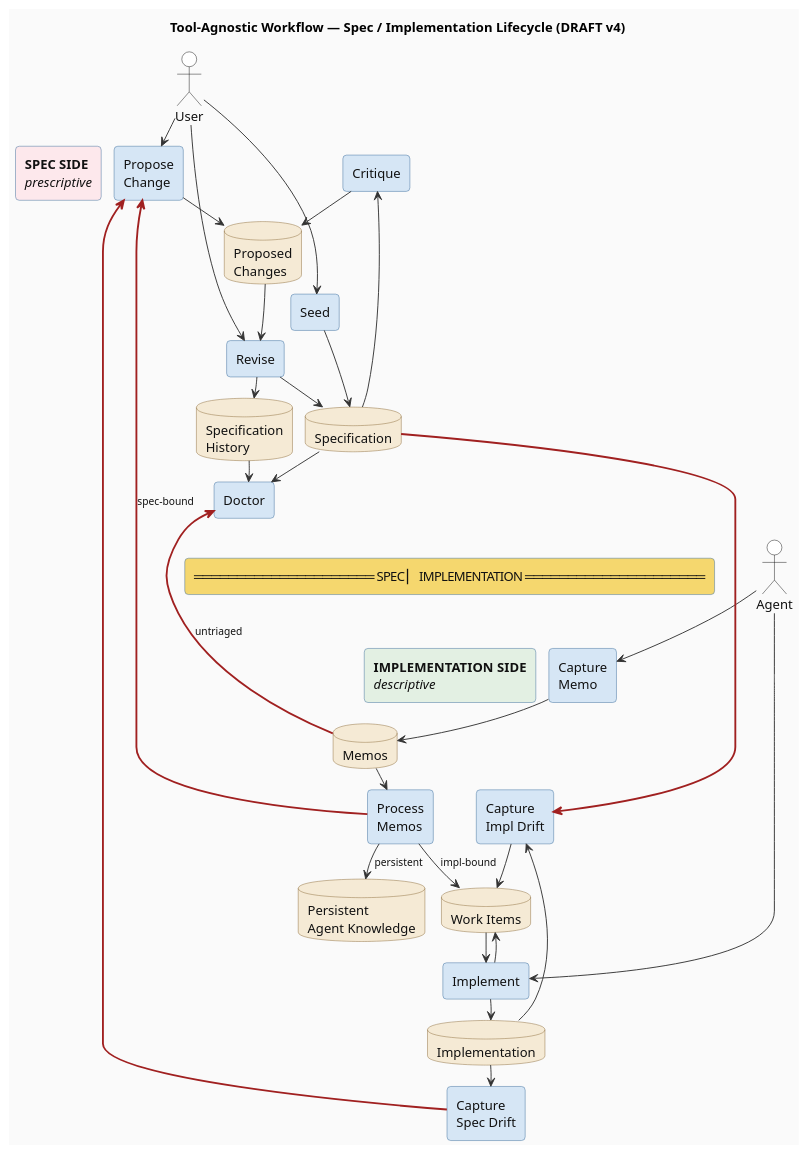
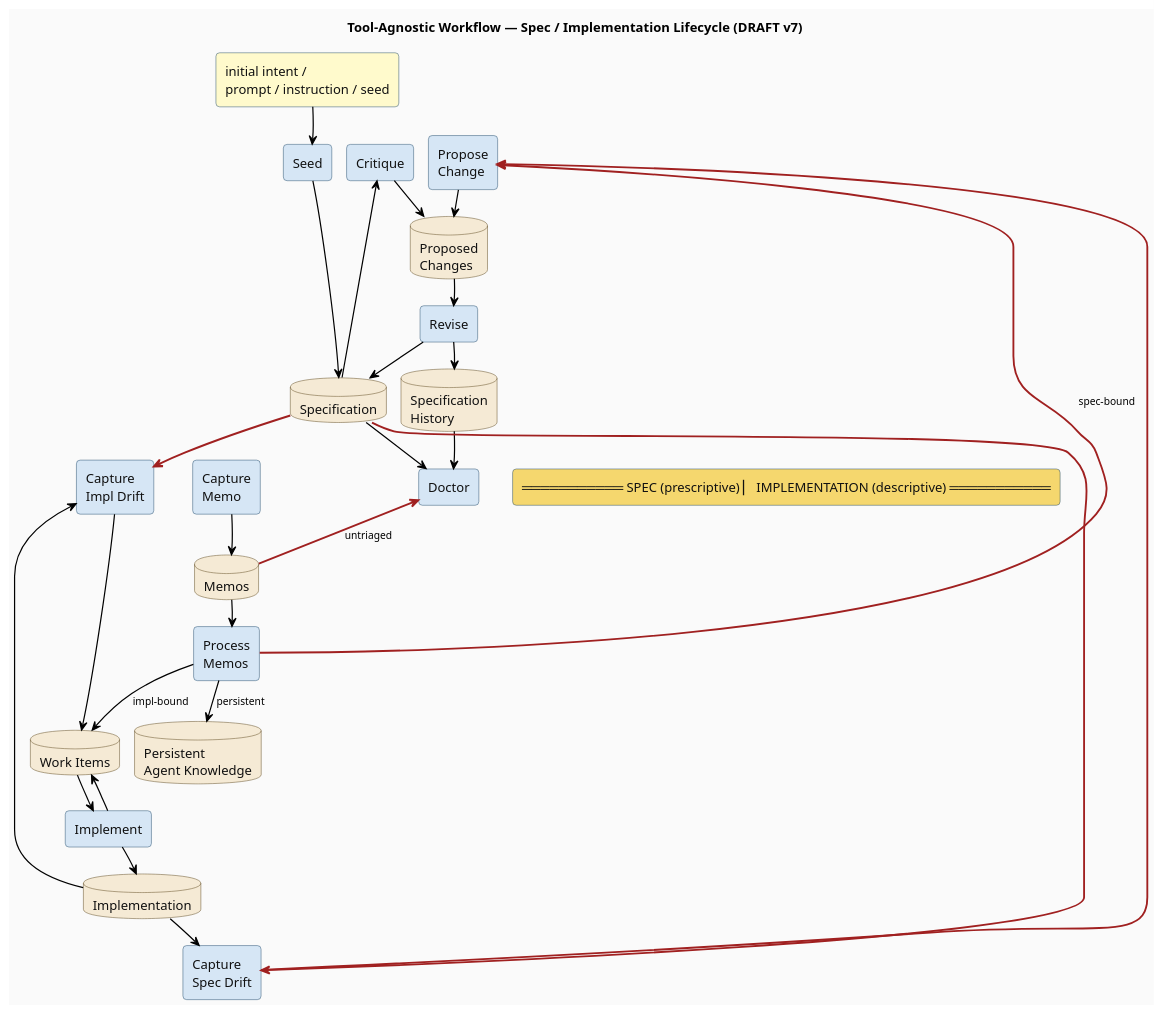
One commit to thewoolleyman/livespec changed the diagram in research/workflow-processes/diagrams/draft-tool-agnostic-workflow.plantuml. Above: the diagram before and after it, drawn with PlantUML. The commit also changed 1 other file, not shown here.

```diff
--- a/research/workflow-processes/diagrams/draft-tool-agnostic-workflow.plantuml
+++ b/research/workflow-processes/diagrams/draft-tool-agnostic-workflow.plantuml
@@ -1,163 +1,165 @@
 @startuml draft-tool-agnostic-workflow
-title Tool-Agnostic Workflow — Spec / Implementation Lifecycle (DRAFT v4)
+title Tool-Agnostic Workflow — Spec / Implementation Lifecycle (DRAFT v7)
 
-' v4 approach: NO outer containers. PlantUML's package/frame/
-' rectangle wrappers refuse to stack vertically when there are
-' bidirectional cross-container edges (verified across v1-v3
-' with multiple layout engines + hidden edges). Going flat
-' instead: free-floating nodes, colored by function, a horizontal
-' "WALL" rectangle as visual divider between SPEC and IMPL
-' regions, and aggressive hidden vertical edges to enforce the
-' top-down order.
+' Layout: flat (no outer containers). Vertical stacking enforced
+' via `together { }` blocks grouping each side, plus aggressive
+' hidden edges anchoring the WALL as a horizontal divider.
 
 skinparam defaultFontName Helvetica
 skinparam shadowing false
 skinparam BackgroundColor #fafafa
-skinparam ArrowColor #333
-skinparam ArrowFontColor #111
+skinparam ArrowColor #000000
+skinparam ArrowFontColor #000000
 skinparam ArrowFontSize 11
-skinparam nodesep 14
-skinparam ranksep 22
+skinparam ArrowThickness 1.3
+skinparam nodesep 16
+skinparam ranksep 28
 hide stereotype
 
 skinparam rectangle {
   BackgroundColor #d6e6f5
-  BorderColor #3a6a9a
+  BorderColor #1f4768
   FontColor #111
   RoundCorner 8
 }
 
 skinparam database {
   BackgroundColor #f5ead5
-  BorderColor #8a6b3a
-  FontColor #111
-}
-
-skinparam actor {
-  BackgroundColor #ffffff
-  BorderColor #111
+  BorderColor #5a4319
   FontColor #111
 }
 
 ' ============================================================
-' ACTORS (top)
+' EXTERNAL INPUT (replaces actors)
 ' ============================================================
 
-actor "User" as User
-actor "Agent" as Agent
+rectangle "initial intent /\nprompt / instruction / seed" as Input #fffacc
 
 ' ============================================================
-' SPEC SIDE — prescriptive (top half)
+' SPEC SIDE — top half (grouped via `together`)
 ' ============================================================
 
-rectangle "**SPEC SIDE**\n//prescriptive//" as SpecLabel #fde8ec
-rectangle "Seed" as Seed
-rectangle "Propose\nChange" as Propose
-rectangle "Critique" as Critique
-rectangle "Revise" as Revise
-rectangle "Doctor" as Doctor
-database "Specification" as Spec
-database "Proposed\nChanges" as PCQueue
-database "Specification\nHistory" as History
+together {
+  rectangle "Seed" as Seed
+  rectangle "Propose\nChange" as Propose
+  rectangle "Critique" as Critique
+  rectangle "Revise" as Revise
+  rectangle "Doctor" as Doctor
+
+  database "Specification" as Spec
+  database "Proposed\nChanges" as PCQueue
+  database "Specification\nHistory" as History
+}
 
 ' ============================================================
-' WALL — horizontal divider between SPEC and IMPL
+' WALL — horizontal divider
 ' ============================================================
 
-rectangle "═════════════════════  SPEC  ▏  IMPLEMENTATION  ═════════════════════" as Wall #f5d76e
+rectangle "═══════════  SPEC  (prescriptive)   ▏   IMPLEMENTATION  (descriptive)  ═══════════" as Wall #f5d76e
 
 ' ============================================================
-' IMPLEMENTATION SIDE — descriptive (bottom half)
+' IMPLEMENTATION SIDE — bottom half (grouped via `together`)
 ' ============================================================
 
-rectangle "**IMPLEMENTATION SIDE**\n//descriptive//" as ImplLabel #e3f0e3
-rectangle "Capture\nImpl Drift" as CaptureImplDrift
-rectangle "Implement" as Implement
-rectangle "Capture\nSpec Drift" as CaptureSpecDrift
-rectangle "Capture\nMemo" as CaptureMemo
-rectangle "Process\nMemos" as ProcessMemos
-database "Implementation" as Impl
-database "Work Items" as WorkItems
-database "Memos" as Memos
-database "Persistent\nAgent Knowledge" as AgentKnowledge
+together {
+  rectangle "Capture\nImpl Drift" as CaptureImplDrift
+  rectangle "Implement" as Implement
+  rectangle "Capture\nSpec Drift" as CaptureSpecDrift
+  rectangle "Capture\nMemo" as CaptureMemo
+  rectangle "Process\nMemos" as ProcessMemos
+
+  database "Implementation" as Impl
+  database "Work Items" as WorkItems
+  database "Memos" as Memos
+  database "Persistent\nAgent Knowledge" as AgentKnowledge
+}
 
 ' ============================================================
-' HIDDEN VERTICAL LAYOUT ENFORCEMENT
-' Forces top-to-bottom ordering: actors → spec → wall → impl
+' WALL ANCHORING (force WALL between the two together-groups)
 ' ============================================================
 
-User -[hidden]down-> SpecLabel
-SpecLabel -[hidden]down-> Seed
-SpecLabel -[hidden]right-> Propose
-Propose -[hidden]right-> Critique
+Input -[hidden]down-> Seed
 
+Seed     -[hidden]down-> Wall
+Propose  -[hidden]down-> Wall
+Critique -[hidden]down-> Wall
+Revise   -[hidden]down-> Wall
+Doctor   -[hidden]down-> Wall
+Spec     -[hidden]down-> Wall
+PCQueue  -[hidden]down-> Wall
+History  -[hidden]down-> Wall
+
+Wall -[hidden]down-> CaptureImplDrift
+Wall -[hidden]down-> Implement
+Wall -[hidden]down-> CaptureSpecDrift
+Wall -[hidden]down-> CaptureMemo
+Wall -[hidden]down-> ProcessMemos
+Wall -[hidden]down-> Impl
+Wall -[hidden]down-> WorkItems
+Wall -[hidden]down-> Memos
+Wall -[hidden]down-> AgentKnowledge
+
+' Intra-spec layout
 Seed -[hidden]down-> Spec
 Spec -[hidden]down-> PCQueue
 PCQueue -[hidden]down-> Revise
 Revise -[hidden]down-> History
 History -[hidden]down-> Doctor
+Seed -[hidden]right-> Propose
+Propose -[hidden]right-> Critique
 
-Doctor -[hidden]down-> Wall
-Wall -[hidden]down-> ImplLabel
-
-ImplLabel -[hidden]down-> CaptureImplDrift
-ImplLabel -[hidden]right-> CaptureMemo
-CaptureMemo -[hidden]right-> ProcessMemos
-
+' Intra-impl layout
 CaptureImplDrift -[hidden]down-> WorkItems
 WorkItems -[hidden]down-> Implement
 Implement -[hidden]down-> Impl
 Impl -[hidden]down-> CaptureSpecDrift
-Memos -[hidden]down-> AgentKnowledge
+CaptureImplDrift -[hidden]right-> CaptureMemo
+CaptureMemo -[hidden]down-> Memos
+Memos -[hidden]down-> ProcessMemos
+ProcessMemos -[hidden]down-> AgentKnowledge
 
 ' ============================================================
 ' VISIBLE EDGES (data flow)
 ' ============================================================
 
-' Actor entry
-User --> Seed
-User --> Propose
-User --> Revise
-Agent --> CaptureMemo
-Agent --> Implement
+Input --> Seed
 
 ' Spec lifecycle
 Seed --> Spec
 Propose --> PCQueue
 PCQueue --> Revise
 Revise --> Spec
 Revise --> History
 Spec --> Critique
 Critique --> PCQueue
 Spec --> Doctor
 History --> Doctor
 
-' Cross-boundary: SPEC ⇣ IMPL (prescription)
+' Cross-boundary: SPEC ⇣ IMPL
 Spec -[#a02020,thickness=2]-> CaptureImplDrift
+Spec -[#a02020,thickness=2]-> CaptureSpecDrift
 
 ' Impl gap lifecycle
 Impl --> CaptureImplDrift
 CaptureImplDrift --> WorkItems
 WorkItems --> Implement
 Implement --> Impl
 Implement --> WorkItems
 
 ' Spec-drift detection
 Impl --> CaptureSpecDrift
 
-' Cross-boundary: IMPL ⇡ SPEC (drift findings)
+' Cross-boundary: IMPL ⇡ SPEC
 CaptureSpecDrift -[#a02020,thickness=2]-> Propose
 
 ' Memo lifecycle
 CaptureMemo --> Memos
 Memos --> ProcessMemos
 ProcessMemos --> WorkItems : impl-bound
 ProcessMemos --> AgentKnowledge : persistent
 
-' Cross-boundary: IMPL ⇡ SPEC (spec-bound memo)
+' Cross-boundary: IMPL ⇡ SPEC
 ProcessMemos -[#a02020,thickness=2]-> Propose : spec-bound
-
-' Cross-boundary: IMPL ⇡ SPEC (doctor hygiene query)
 Memos -[#a02020,thickness=2]-> Doctor : untriaged
 
 @enduml
```
